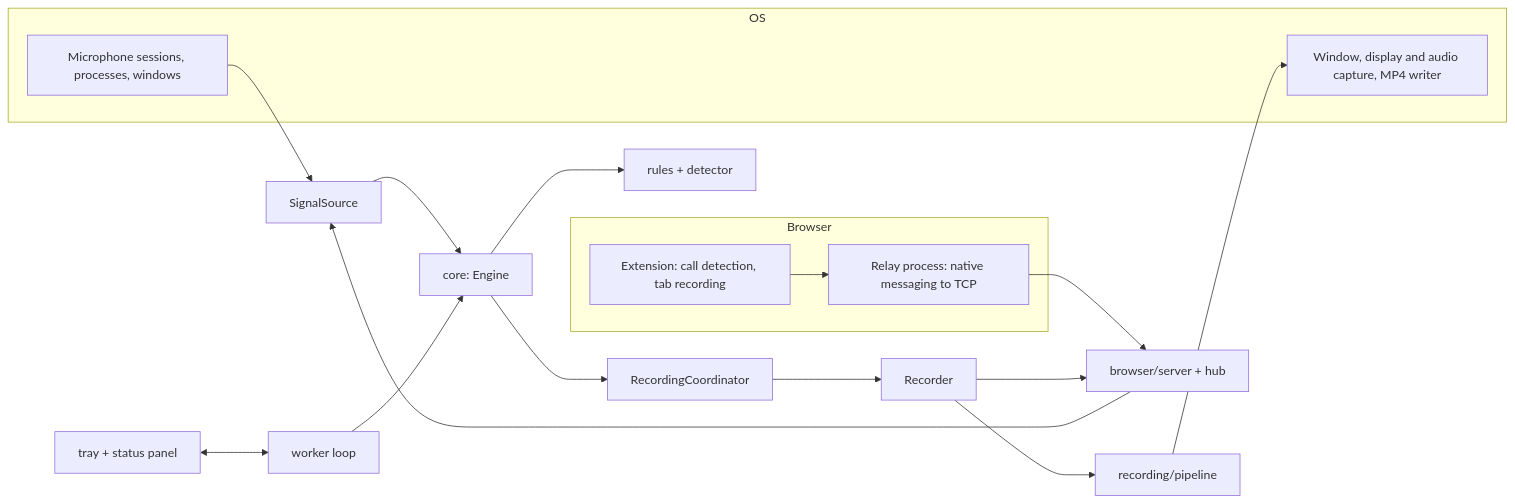
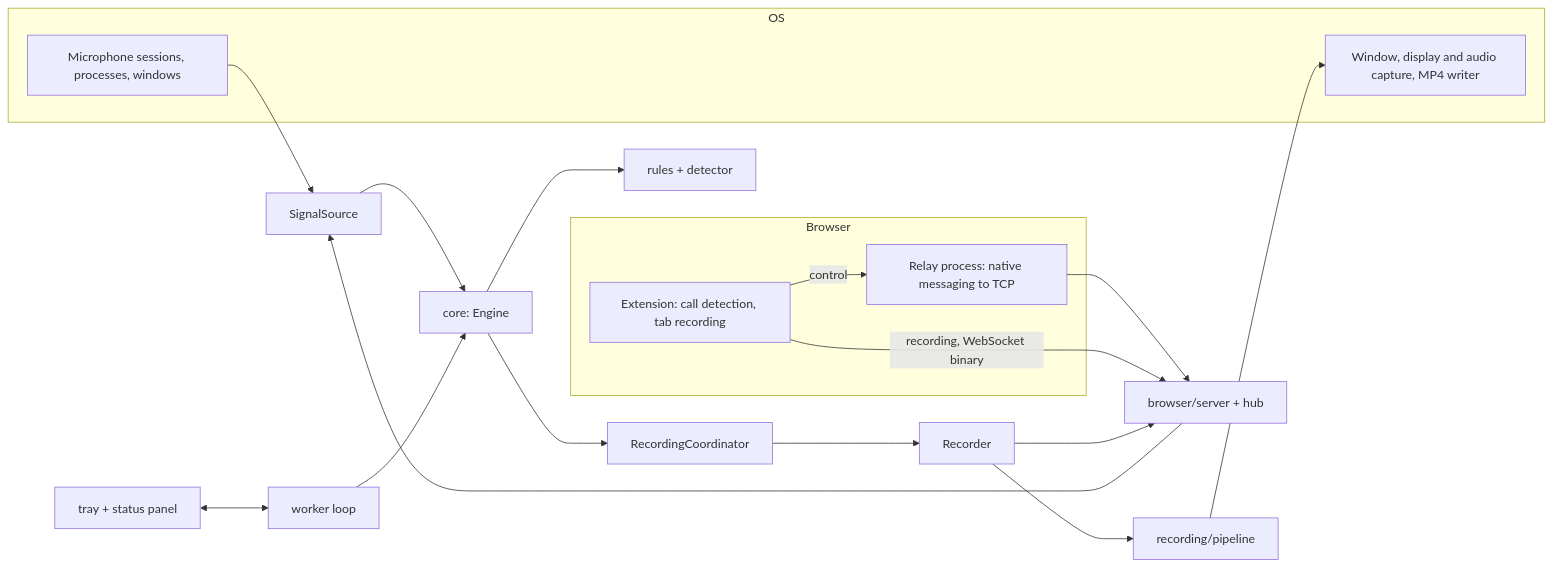
One commit to takezoh/meeting-assistant changed the diagram in ARCHITECTURE.md. Above: the diagram before and after it, drawn with Mermaid. The commit also changed other lines of this file and 56 other files, not shown here.

````diff
--- a/ARCHITECTURE.md
+++ b/ARCHITECTURE.md
@@ -13,21 +13,22 @@
 ```mermaid
 flowchart LR
   subgraph OS
     Mic[Microphone sessions, processes, windows]
     Cap[Window, display and audio capture, MP4 writer]
   end
   subgraph Browser
     Ext[Extension: call detection, tab recording]
     Relay[Relay process: native messaging to TCP]
   end
   Mic --> Signals[SignalSource]
-  Ext --> Relay --> Server[browser/server + hub]
+  Ext -- control --> Relay --> Server[browser/server + hub]
+  Ext -- recording, WebSocket binary --> Server
   Server --> Signals
   Signals --> Engine[core: Engine]
   Engine --> Rules[rules + detector]
   Engine --> Coord[RecordingCoordinator]
   Coord --> Rec[Recorder]
   Rec --> Pipeline[recording/pipeline] --> Cap
   Rec --> Server
   Tray[tray + status panel] <--> Worker[worker loop] --> Engine
 ```
````
